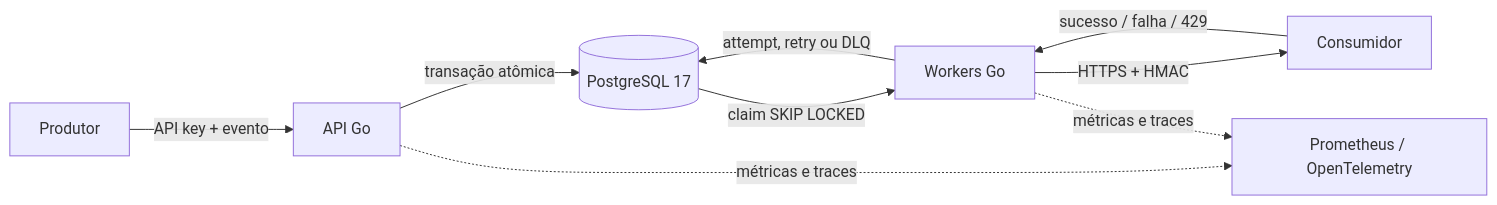
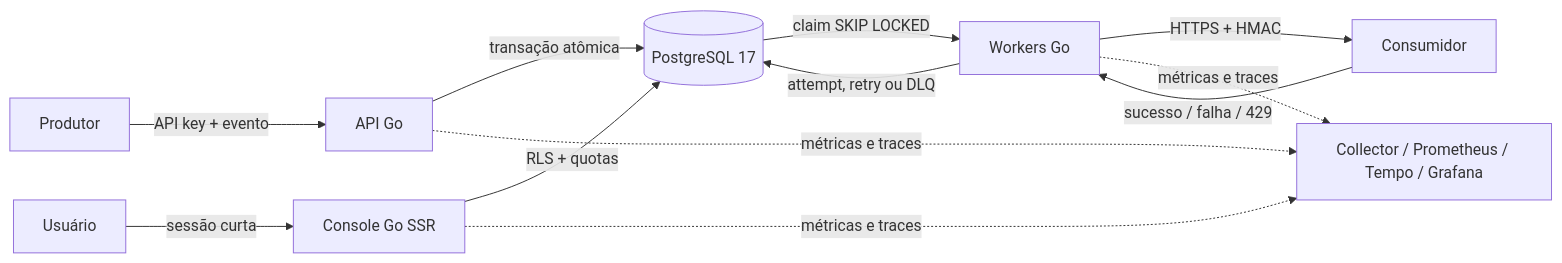
The diagram in README.md (gabrieldosprazeres/go-webhook-delivery), drawn with Mermaid before and after one commit. The commit also changed other lines of this file and 3 other files, not shown here.

````diff
--- a/README.md
+++ b/README.md
@@ -27,11 +27,14 @@
 ```mermaid
 flowchart LR
     Client[Produtor] -->|API key + evento| API[API Go]
+    Operator[Usuário] -->|sessão curta| Console[Console Go SSR]
+    Console -->|RLS + quotas| PG
     API -->|transação atômica| PG[(PostgreSQL 17)]
     PG -->|claim SKIP LOCKED| Worker[Workers Go]
     Worker -->|HTTPS + HMAC| Consumer[Consumidor]
     Consumer -->|sucesso / falha / 429| Worker
     Worker -->|attempt, retry ou DLQ| PG
-    API -. métricas e traces .-> Obs[Prometheus / OpenTelemetry]
+    API -. métricas e traces .-> Obs[Collector / Prometheus / Tempo / Grafana]
     Worker -. métricas e traces .-> Obs
+    Console -. métricas e traces .-> Obs
 ```
````
